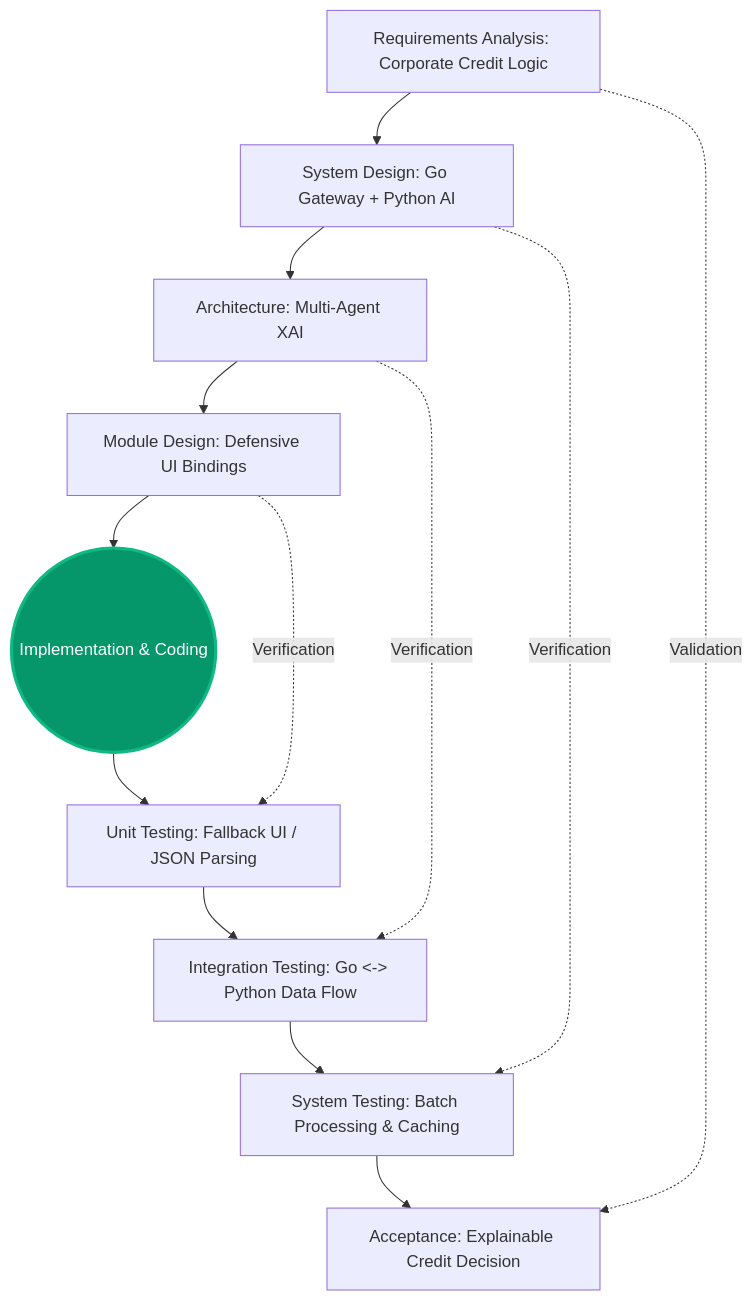
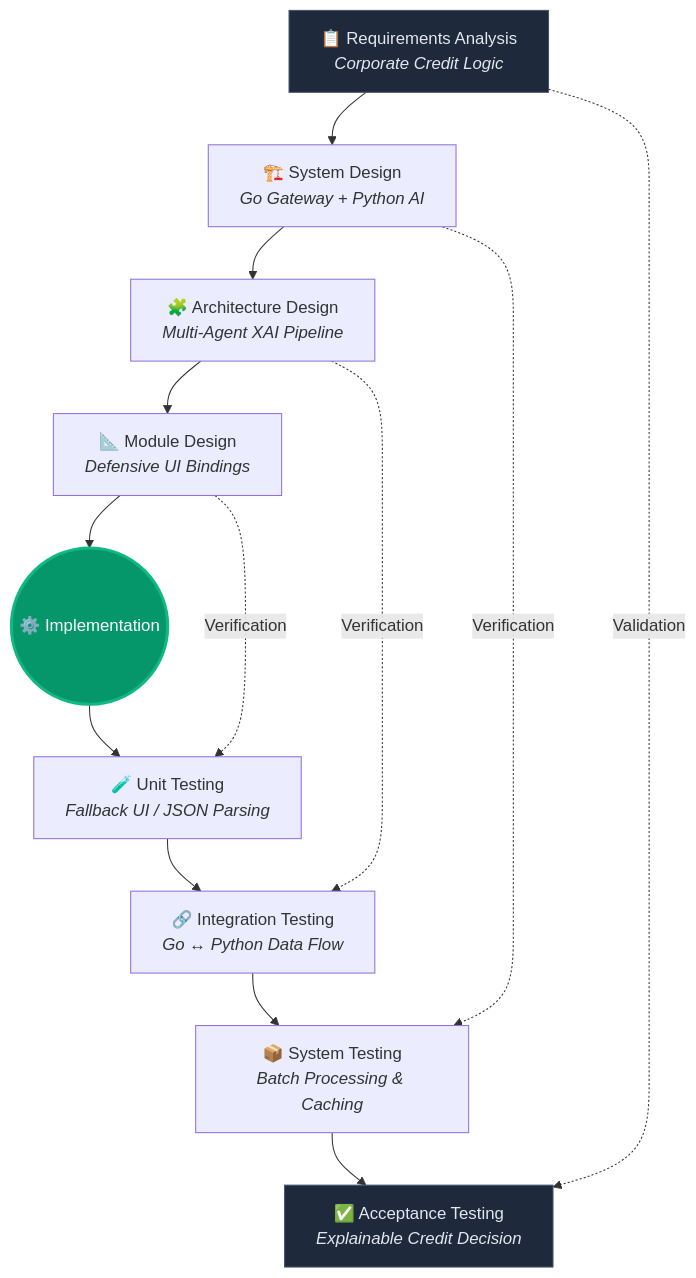
One commit to EyupEfeAslan2/hm_mobil_app_2 changed the third of 3 diagrams in README.md. Above: the diagram before and after it, drawn with Mermaid. The commit also changed other lines of this file, not shown here.

````diff
--- a/README.md
+++ b/README.md
@@ -74,19 +490,21 @@
 ```mermaid
 graph TD
-    A[Requirements Analysis: Corporate Credit Logic] --> B[System Design: Go Gateway + Python AI]
-    B --> C[Architecture: Multi-Agent XAI]
-    C --> D[Module Design: Defensive UI Bindings]
-    D --> E((Implementation & Coding))
+    A["📋 Requirements Analysis<br/><i>Corporate Credit Logic</i>"] --> B["🏗️ System Design<br/><i>Go Gateway + Python AI</i>"]
+    B --> C["🧩 Architecture Design<br/><i>Multi-Agent XAI Pipeline</i>"]
+    C --> D["📐 Module Design<br/><i>Defensive UI Bindings</i>"]
+    D --> E(("⚙️ Implementation"))
 
-    E --> F[Unit Testing: Fallback UI / JSON Parsing]
-    F --> G[Integration Testing: Go <-> Python Data Flow]
-    G --> H[System Testing: Batch Processing & Caching]
-    H --> I[Acceptance: Explainable Credit Decision]
+    E --> F["🧪 Unit Testing<br/><i>Fallback UI / JSON Parsing</i>"]
+    F --> G["🔗 Integration Testing<br/><i>Go ↔ Python Data Flow</i>"]
+    G --> H["📦 System Testing<br/><i>Batch Processing & Caching</i>"]
+    H --> I["✅ Acceptance Testing<br/><i>Explainable Credit Decision</i>"]
 
-    A -.->|Validation| I
-    B -.->|Verification| H
-    C -.->|Verification| G
-    D -.->|Verification| F
+    A -..->|"Validation"| I
+    B -..->|"Verification"| H
+    C -..->|"Verification"| G
+    D -..->|"Verification"| F
 
     style E fill:#059669,stroke:#10b981,stroke-width:3px,color:#fff
+    style A fill:#1e293b,stroke:#475569,color:#e2e8f0
+    style I fill:#1e293b,stroke:#475569,color:#e2e8f0
 ```
````
